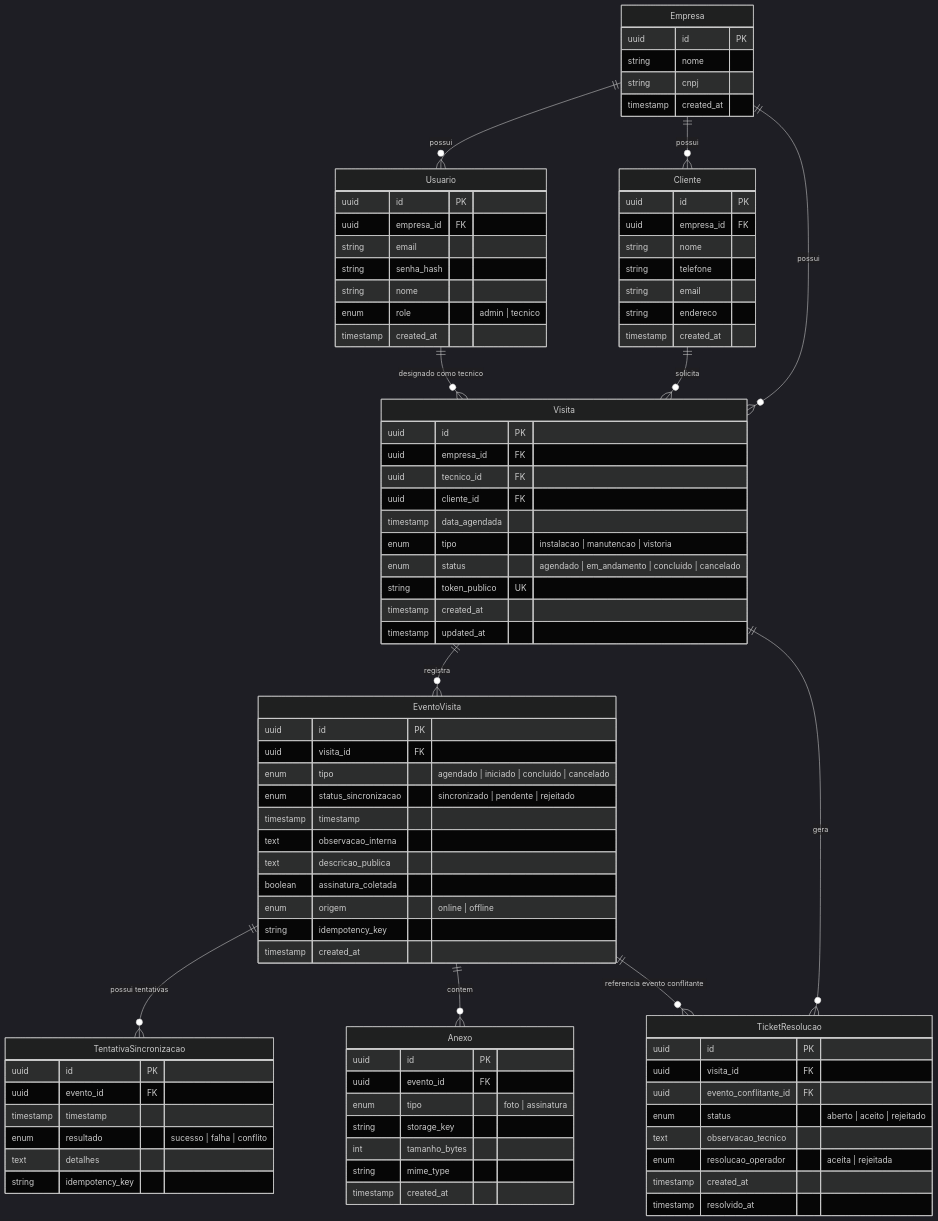
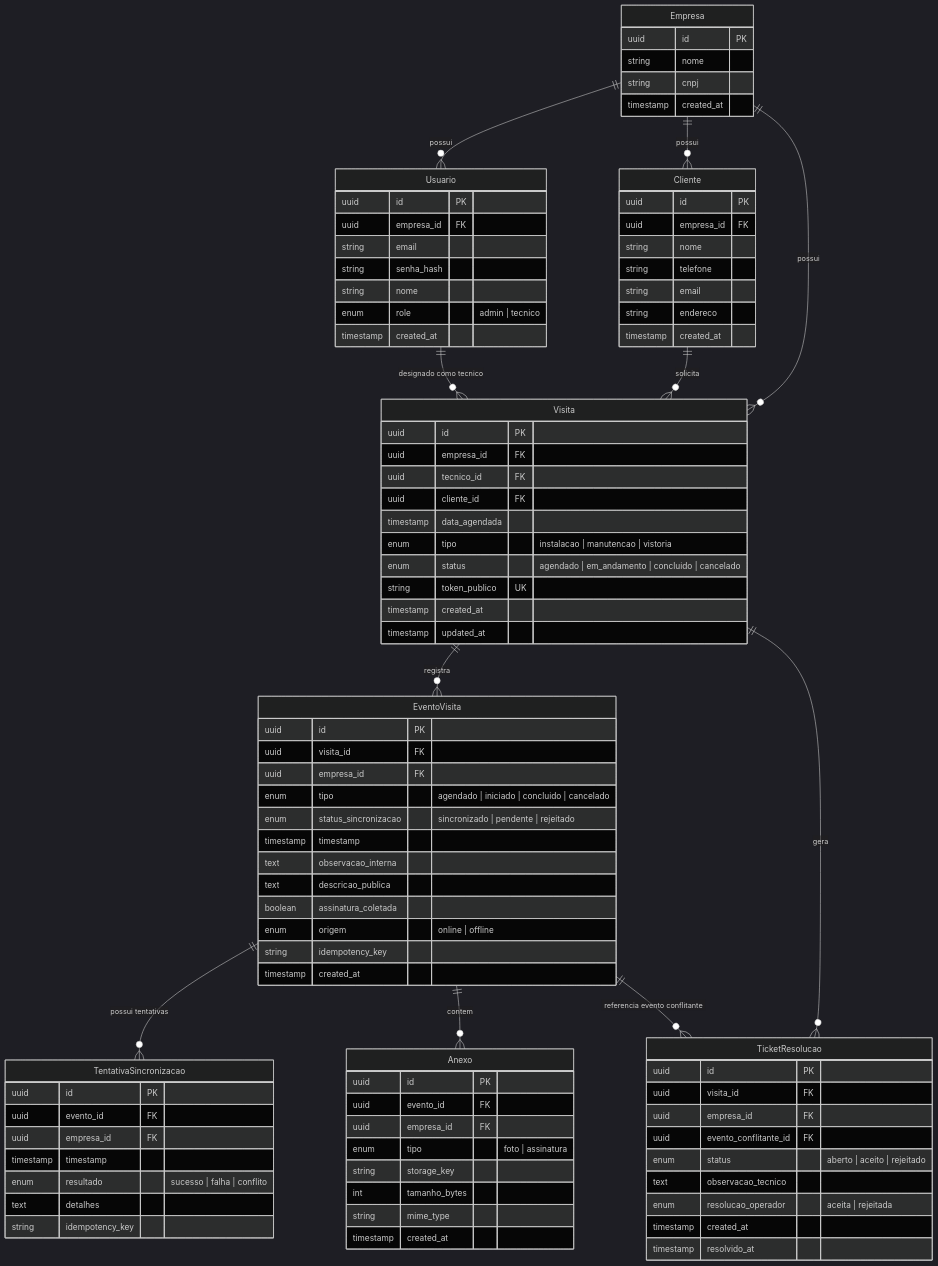
One commit to j-fborges/fieldops changed the diagram in docs/erd.md. Above: the diagram before and after it, drawn with Mermaid (dark theme). The commit also changed other lines of this file and 4 other files, not shown here.

```diff
--- a/docs/erd.md
+++ b/docs/erd.md
@@ -148,6 +168,7 @@
     EventoVisita {
         uuid id PK
         uuid visita_id FK
+        uuid empresa_id FK
         enum tipo "agendado | iniciado | concluido | cancelado"
         enum status_sincronizacao "sincronizado | pendente | rejeitado"
         timestamp timestamp
@@ -162,6 +183,7 @@
     TentativaSincronizacao {
         uuid id PK
         uuid evento_id FK
+        uuid empresa_id FK
         timestamp timestamp
         enum resultado "sucesso | falha | conflito"
         text detalhes
@@ -171,6 +193,7 @@
     Anexo {
         uuid id PK
         uuid evento_id FK
+        uuid empresa_id FK
         enum tipo "foto | assinatura"
         string storage_key
         int tamanho_bytes
@@ -181,6 +204,7 @@
     TicketResolucao {
         uuid id PK
         uuid visita_id FK
+        uuid empresa_id FK
         uuid evento_conflitante_id FK
         enum status "aberto | aceito | rejeitado"
         text observacao_tecnico
```
